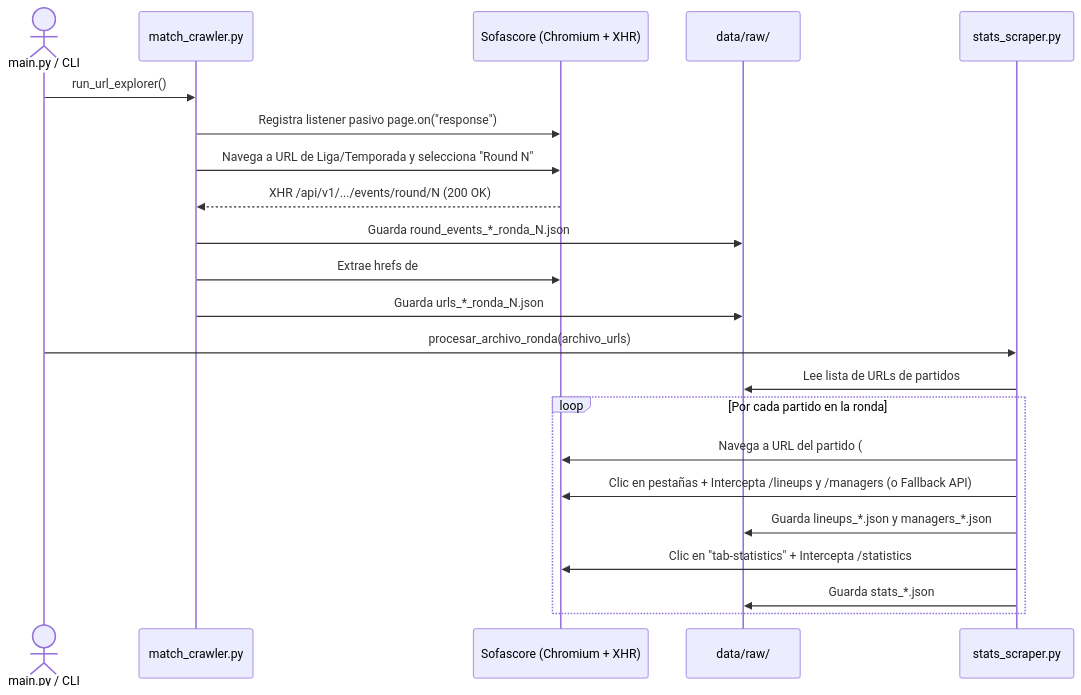
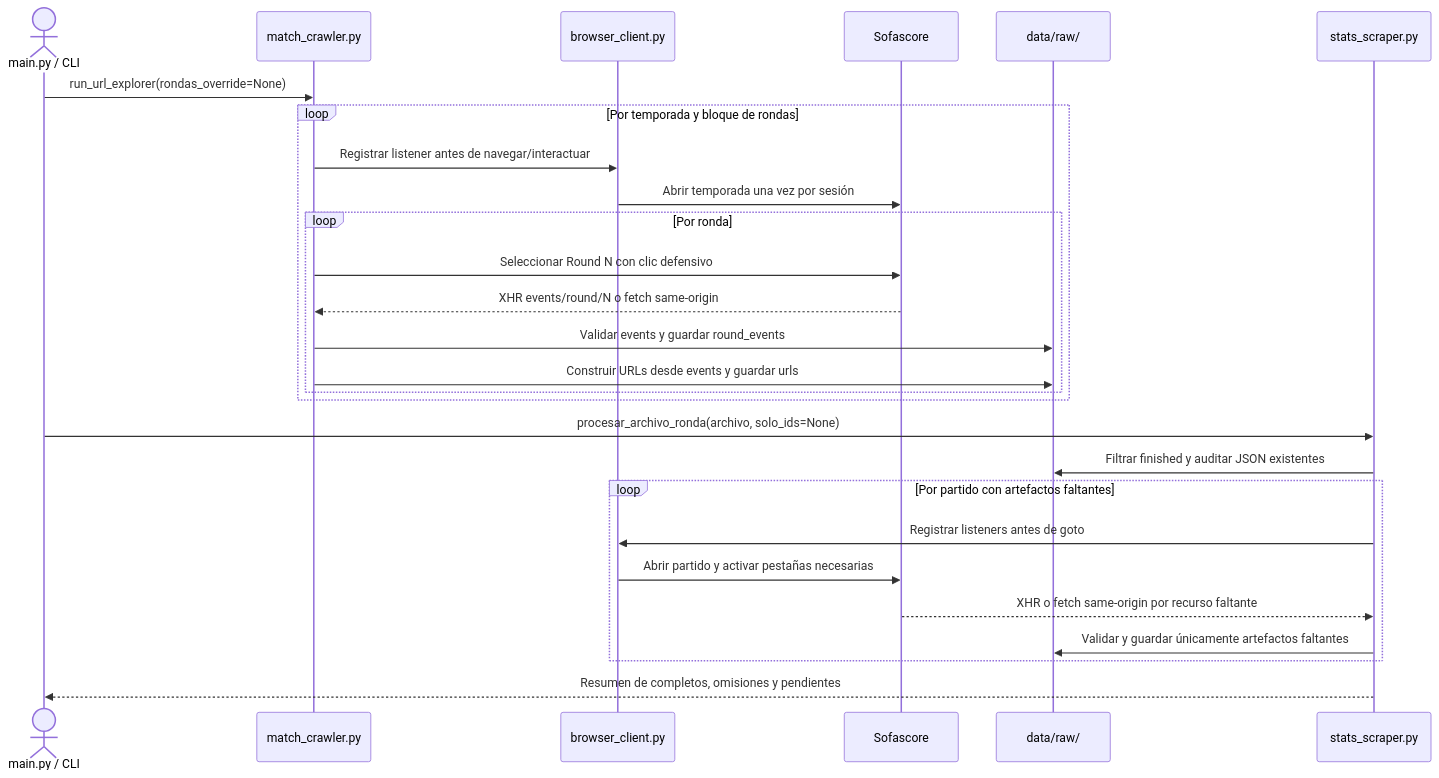
The third of 5 diagrams in docs/arquitectura-del-sistema.md (Fbcc98/Oraculo), drawn with Mermaid before and after one commit. The commit also changed other lines of this file, not shown here.

Commit message:
Docs(docs): actualizar arquitectura con scraping multironda e idempotencia

````diff
--- a/docs/arquitectura-del-sistema.md
+++ b/docs/arquitectura-del-sistema.md
@@ -172,26 +182,29 @@
 ```mermaid
 sequenceDiagram
     actor Usuario as main.py / CLI
     participant MC as match_crawler.py
-    participant Web as Sofascore (Chromium + XHR)
+    participant BC as browser_client.py
+    participant Web as Sofascore
     participant FS as data/raw/
     participant SS as stats_scraper.py
-
-    Usuario->>MC: run_url_explorer()
-    MC->>Web: Registra listener pasivo page.on("response")
-    MC->>Web: Navega a URL de Liga/Temporada y selecciona "Round N"
-    Web-->>MC: XHR /api/v1/.../events/round/N (200 OK)
-    MC->>FS: Guarda round_events_*_ronda_N.json
-    MC->>Web: Extrae hrefs de #tabpanel-round
-    MC->>FS: Guarda urls_*_ronda_N.json
-
-    Usuario->>SS: procesar_archivo_ronda(archivo_urls)
-    SS->>FS: Lee lista de URLs de partidos
-    loop Por cada partido en la ronda
-        SS->>Web: Navega a URL del partido (#id:partido_id)
-        SS->>Web: Clic en pestañas + Intercepta /lineups y /managers (o Fallback API)
-        SS->>FS: Guarda lineups_*.json y managers_*.json
-        SS->>Web: Clic en "tab-statistics" + Intercepta /statistics
-        SS->>FS: Guarda stats_*.json
+    Usuario->>MC: run_url_explorer(rondas_override=None)
+    loop Por temporada y bloque de rondas
+        MC->>BC: Registrar listener antes de navegar/interactuar
+        BC->>Web: Abrir temporada una vez por sesión
+        loop Por ronda
+            MC->>Web: Seleccionar Round N con clic defensivo
+            Web-->>MC: XHR events/round/N o fetch same-origin
+            MC->>FS: Validar events y guardar round_events
+            MC->>FS: Construir URLs desde events y guardar urls
+        end
     end
+    Usuario->>SS: procesar_archivo_ronda(archivo, solo_ids=None)
+    SS->>FS: Filtrar finished y auditar JSON existentes
+    loop Por partido con artefactos faltantes
+        SS->>BC: Registrar listeners antes de goto
+        BC->>Web: Abrir partido y activar pestañas necesarias
+        Web-->>SS: XHR o fetch same-origin por recurso faltante
+        SS->>FS: Validar y guardar únicamente artefactos faltantes
+    end
+    SS-->>Usuario: Resumen de completos, omisiones y pendientes
 ```
````
